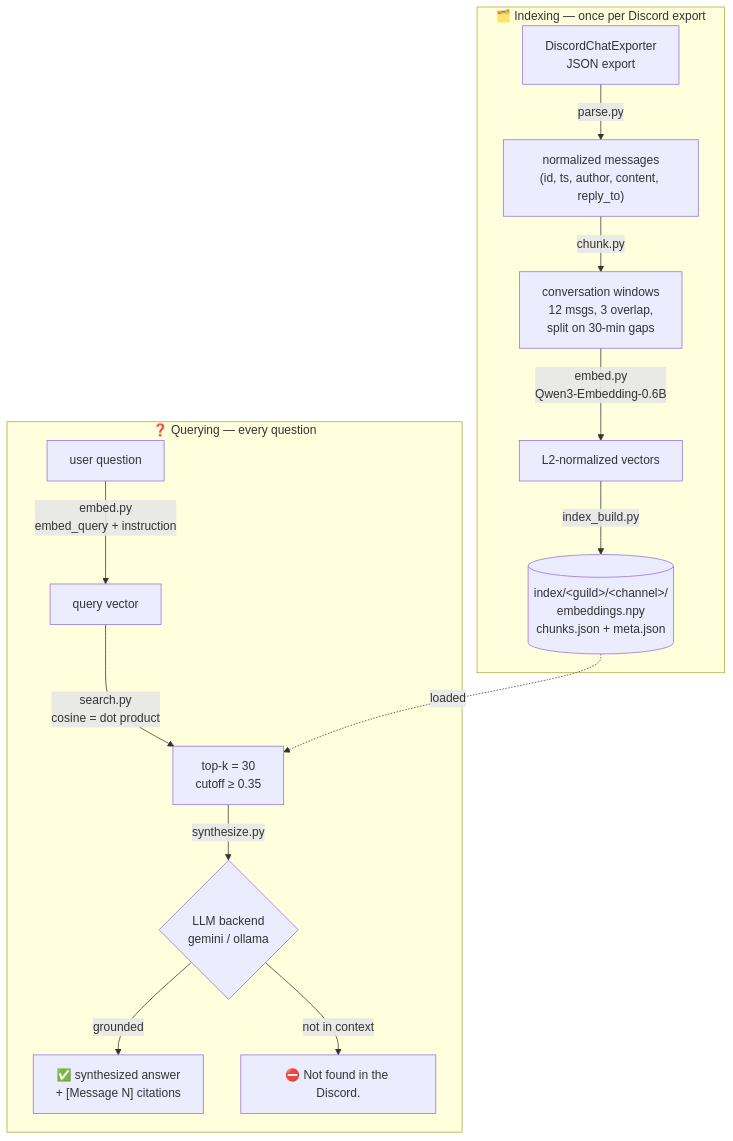
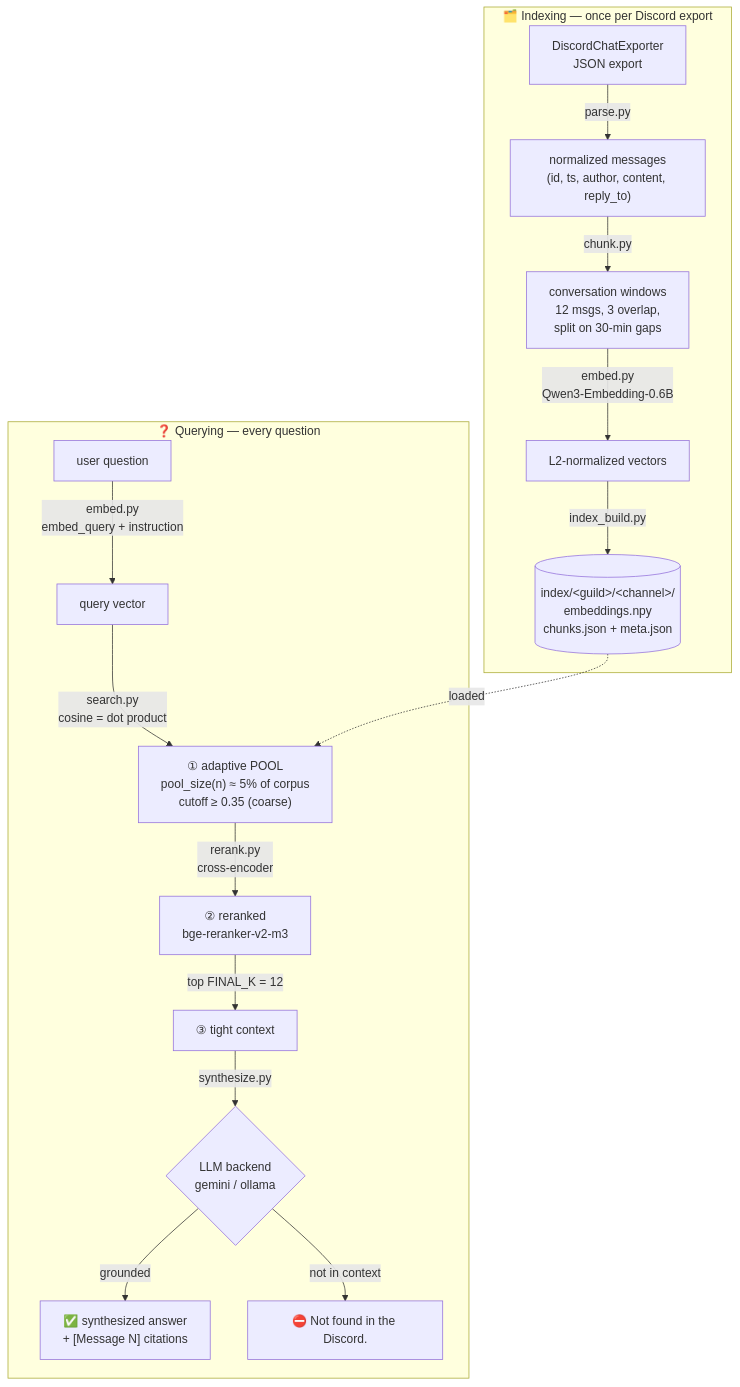
One commit to mattr13000/discord-answerer changed the first of 4 diagrams in ARCHITECTURE.md. Above: the diagram before and after it, drawn with Mermaid. The commit also changed other lines of this file and 6 other files, not shown here.

````diff
--- a/ARCHITECTURE.md
+++ b/ARCHITECTURE.md
@@ -19,18 +19,20 @@
 ```mermaid
 flowchart TD
     subgraph INGEST["🗂️ Indexing — once per Discord export"]
         A["DiscordChatExporter<br/>JSON export"] -->|parse.py| B["normalized messages<br/>(id, ts, author, content, reply_to)"]
         B -->|chunk.py| C["conversation windows<br/>12 msgs, 3 overlap,<br/>split on 30-min gaps"]
         C -->|embed.py<br/>Qwen3-Embedding-0.6B| D["L2-normalized vectors"]
         D -->|index_build.py| E[("index/&lt;guild&gt;/&lt;channel&gt;/<br/>embeddings.npy<br/>chunks.json + meta.json")]
     end
 
     subgraph QUERY["❓ Querying — every question"]
         Q["user question"] -->|embed.py<br/>embed_query + instruction| QV["query vector"]
-        QV -->|search.py<br/>cosine = dot product| TOPK["top-k = 30<br/>cutoff ≥ 0.35"]
-        E -.loaded.-> TOPK
-        TOPK -->|synthesize.py| LLM{"LLM backend<br/>gemini / ollama"}
+        QV -->|search.py<br/>cosine = dot product| POOL["① adaptive POOL<br/>pool_size(n) ≈ 5% of corpus<br/>cutoff ≥ 0.35 (coarse)"]
+        E -.loaded.-> POOL
+        POOL -->|rerank.py<br/>cross-encoder| RR["② reranked<br/>bge-reranker-v2-m3"]
+        RR -->|top FINAL_K = 12| SYN["③ tight context"]
+        SYN -->|synthesize.py| LLM{"LLM backend<br/>gemini / ollama"}
         LLM -->|grounded| ANS["✅ synthesized answer<br/>+ [Message N] citations"]
         LLM -->|not in context| NF["⛔ Not found in the Discord."]
     end
 ```
````
